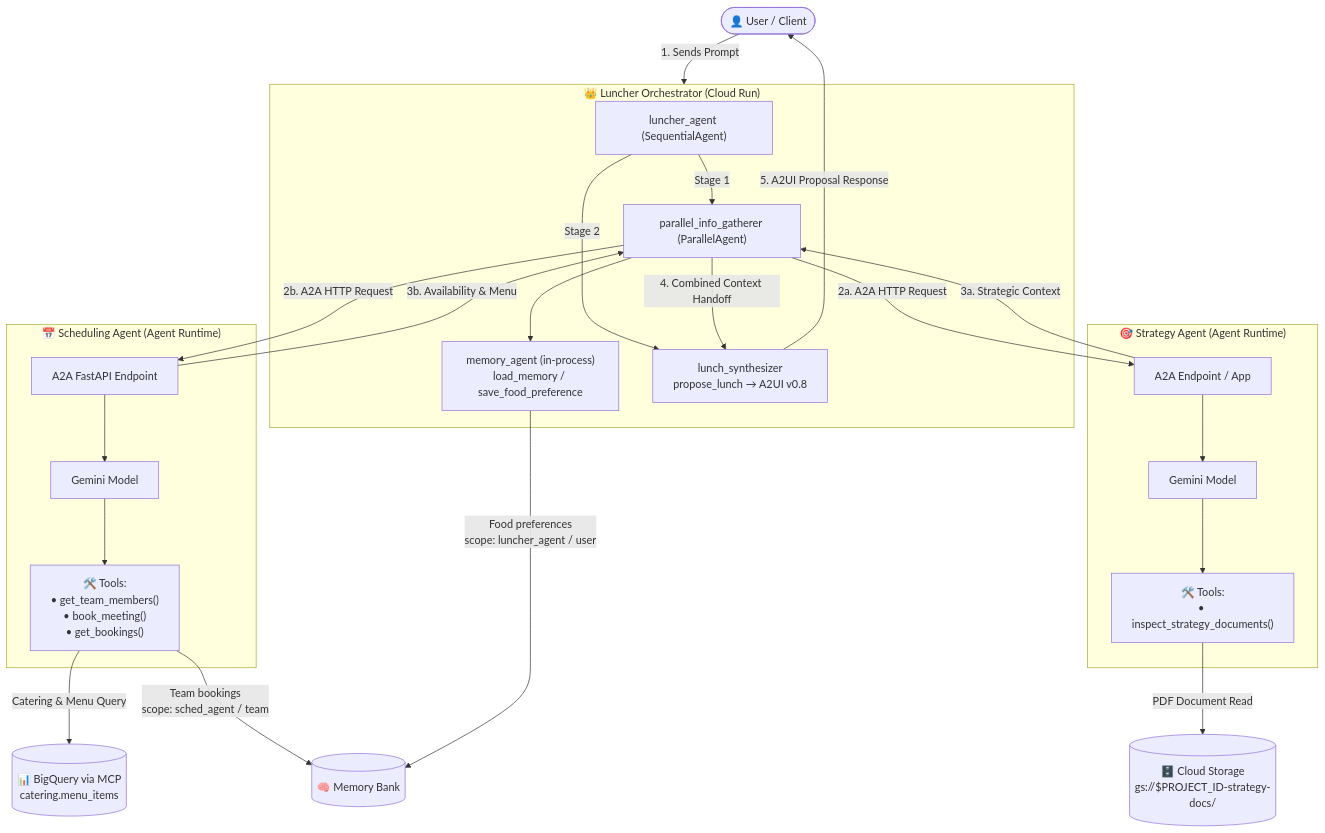
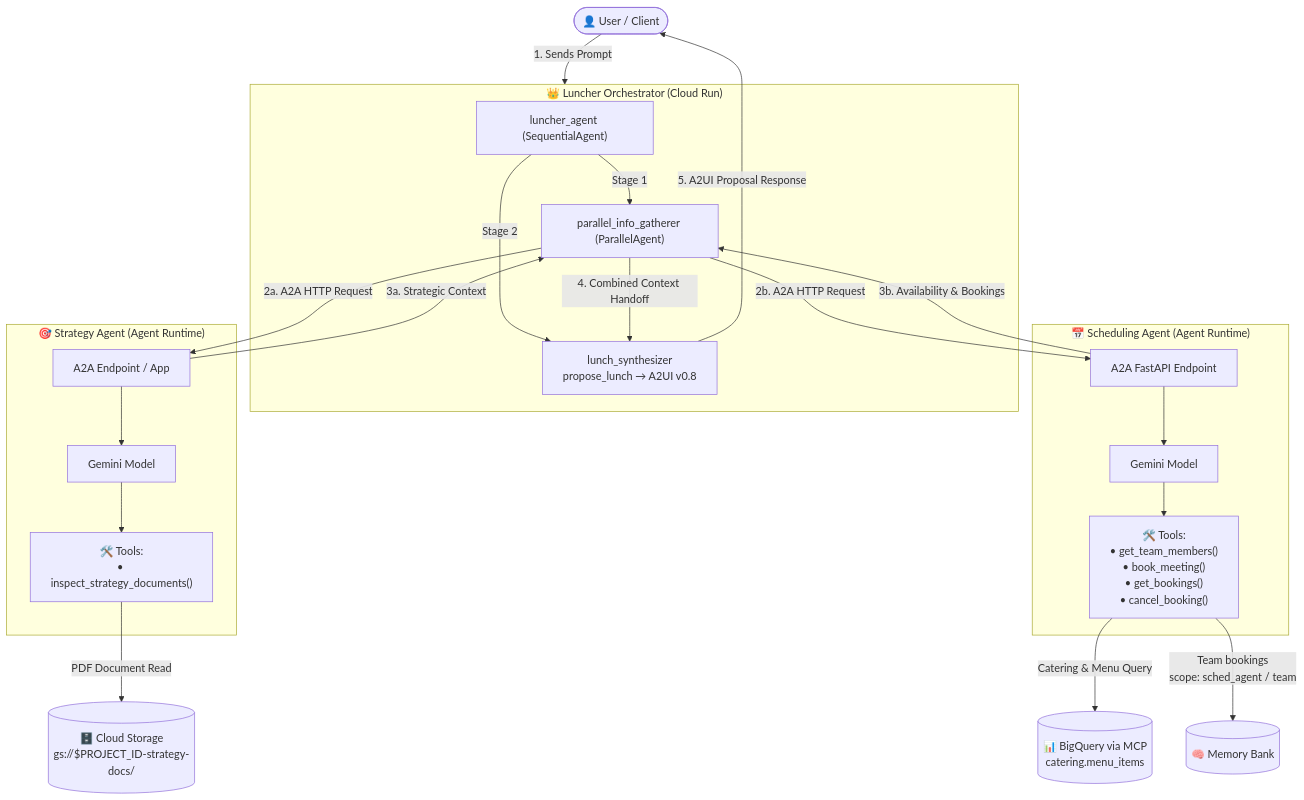
Before and after one commit to mbychkowski/luncher: the diagram in README.md, drawn with Mermaid. The commit also changed other lines of this file and 19 other files, not shown here.

````diff
--- a/README.md
+++ b/README.md
@@ -40,49 +39,46 @@
 ```mermaid
 graph TD
     User(["👤 User / Client"]) -->|1. Sends Prompt| LuncherProcess
 
     subgraph LuncherProcess ["👑 Luncher Orchestrator (Cloud Run)"]
         LuncherSeq["luncher_agent (SequentialAgent)"]
         ParallelGatherer["parallel_info_gatherer (ParallelAgent)"]
-        MemAgent["memory_agent (in-process)<br/>load_memory / save_food_preference"]
         Synthesizer["lunch_synthesizer<br/>propose_lunch → A2UI v0.8"]
 
         LuncherSeq -->|Stage 1| ParallelGatherer
-        ParallelGatherer --> MemAgent
         LuncherSeq -->|Stage 2| Synthesizer
     end
 
     subgraph StrategyAgent ["🎯 Strategy Agent (Agent Runtime)"]
         StratA2A["A2A Endpoint / App"]
         StratLLM["Gemini Model"]
         StratTools["🛠️ Tools:<br/>• inspect_strategy_documents()"]
         StratA2A --> StratLLM
         StratLLM --> StratTools
     end
 
     subgraph SchedAgent ["📅 Scheduling Agent (Agent Runtime)"]
         SchedA2A["A2A FastAPI Endpoint"]
         SchedLLM["Gemini Model"]
-        SchedTools["🛠️ Tools:<br/>• get_team_members()<br/>• book_meeting()<br/>• get_bookings()"]
+        SchedTools["🛠️ Tools:<br/>• get_team_members()<br/>• book_meeting()<br/>• get_bookings()<br/>• cancel_booking()"]
         SchedA2A --> SchedLLM
         SchedLLM --> SchedTools
     end
 
     GCS[("🗄️ Cloud Storage<br/>gs://$PROJECT_ID-strategy-docs/")]
     BQ[("📊 BigQuery via MCP<br/>catering.menu_items")]
     MemBank[("🧠 Memory Bank")]
 
     ParallelGatherer -->|2a. A2A HTTP Request| StratA2A
     ParallelGatherer -->|2b. A2A HTTP Request| SchedA2A
 
     StratTools -->|PDF Document Read| GCS
     SchedTools -->|Catering & Menu Query| BQ
     SchedTools -->|Team bookings<br/>scope: sched_agent / team| MemBank
-    MemAgent -->|Food preferences<br/>scope: luncher_agent / user| MemBank
 
     StratA2A -->|3a. Strategic Context| ParallelGatherer
-    SchedA2A -->|3b. Availability & Menu| ParallelGatherer
+    SchedA2A -->|3b. Availability & Bookings| ParallelGatherer
 
     ParallelGatherer -->|4. Combined Context Handoff| Synthesizer
     Synthesizer -->|5. A2UI Proposal Response| User
 ```
````
